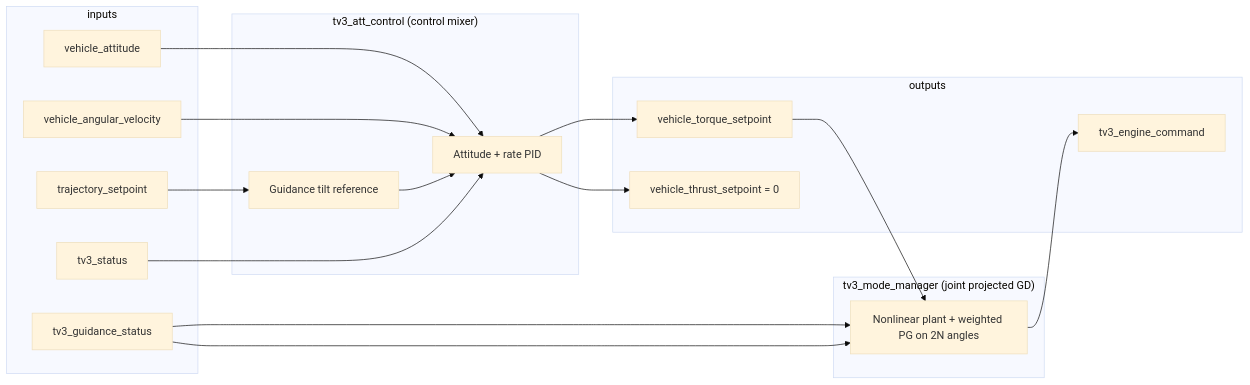
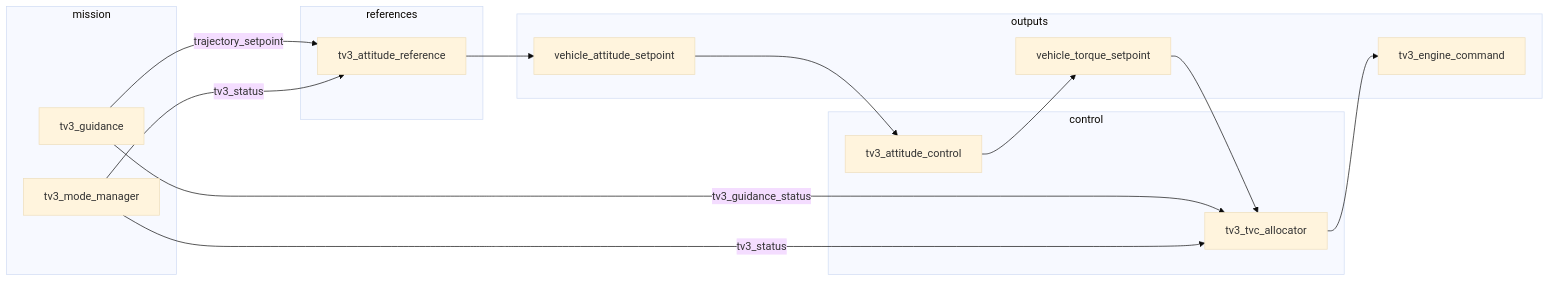
One commit to lbarks27/TV3-PX4-Extension changed the diagram in docs/control_mixer.md. Above: the diagram before and after it, drawn with Mermaid (base theme). The commit also changed other lines of this file and 53 other files, not shown here.

````diff
--- a/docs/control_mixer.md
+++ b/docs/control_mixer.md
@@ -21,35 +23,30 @@
 ```mermaid
 flowchart LR
-    subgraph inputs
-        ATT[vehicle_attitude]
-        RATE[vehicle_angular_velocity]
-        TRAJ[trajectory_setpoint]
-        STATUS[tv3_status]
-        GUIDS[tv3_guidance_status]
+    subgraph mission
+        MM[tv3_mode_manager]
+        GD[tv3_guidance]
     end
 
-    subgraph mixer["tv3_att_control (control mixer)"]
-        PID[Attitude + rate PID]
-        GUID[Guidance tilt reference]
+    subgraph references
+        AR[tv3_attitude_reference]
     end
 
-    subgraph solver["tv3_mode_manager (joint projected GD)"]
-        JGD[Nonlinear plant + weighted PG on 2N angles]
+    subgraph control
+        AC[tv3_attitude_control]
+        CA[tv3_tvc_allocator]
     end
 
     subgraph outputs
+        ASP[vehicle_attitude_setpoint]
         TQ[vehicle_torque_setpoint]
-        TH[vehicle_thrust_setpoint = 0]
         ENG[tv3_engine_command]
     end
 
-    ATT --> PID
-    RATE --> PID
-    TRAJ --> GUID --> PID
-    STATUS --> PID
-    GUIDS --> JGD
-    PID --> TQ
-    PID --> TH
-    TQ --> JGD
-    GUIDS --> JGD --> ENG
+    GD -->|trajectory_setpoint| AR
+    MM -->|tv3_status| AR
+    AR --> ASP --> AC
+    AC --> TQ --> CA
+    GD -->|tv3_guidance_status| CA
+    MM -->|tv3_status| CA
+    CA --> ENG
 ```
````
